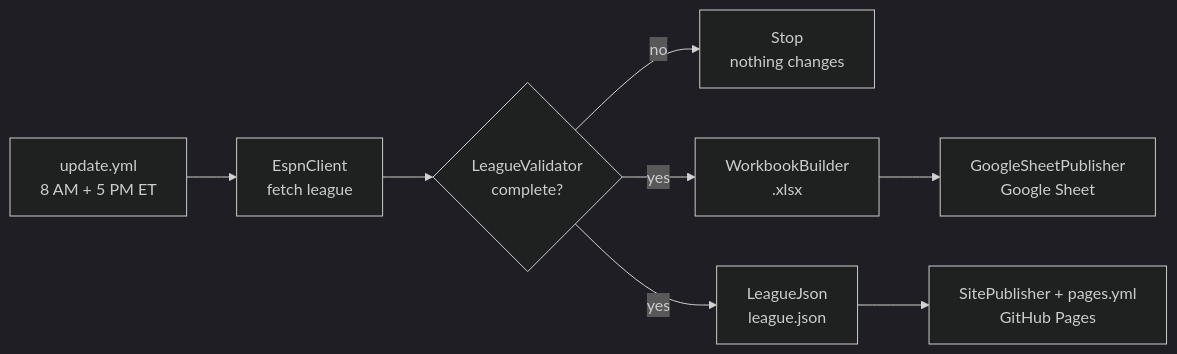
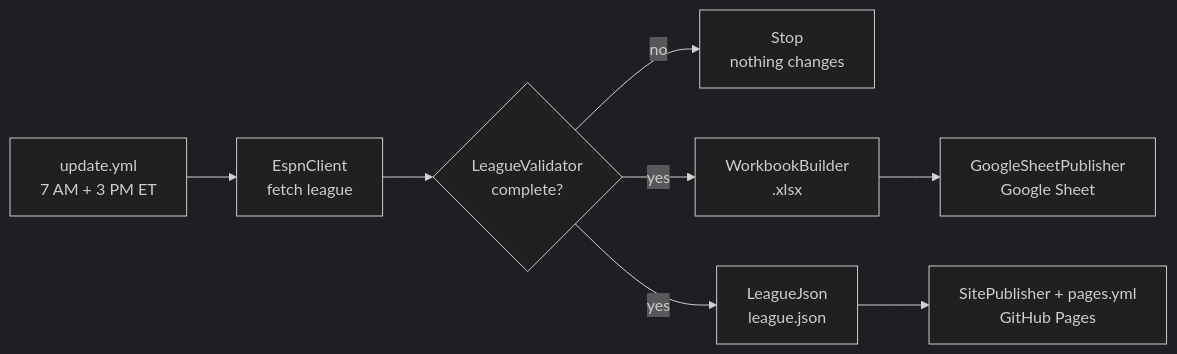
The first of 2 diagrams in docs/ARCHITECTURE.md (renkecui/FantasyReport), drawn with Mermaid (dark theme) before and after one commit. The commit also changed other lines of this file and 6 other files, not shown here.

````diff
--- a/docs/ARCHITECTURE.md
+++ b/docs/ARCHITECTURE.md
@@ -9,10 +9,10 @@
 ```mermaid
 flowchart LR
-    A["update.yml<br/>8 AM + 5 PM ET"] --> B["EspnClient<br/>fetch league"]
+    A["update.yml<br/>7 AM + 3 PM ET"] --> B["EspnClient<br/>fetch league"]
     B --> C{"LeagueValidator<br/>complete?"}
     C -- no --> X["Stop<br/>nothing changes"]
     C -- yes --> D["WorkbookBuilder<br/>.xlsx"]
     C -- yes --> E["LeagueJson<br/>league.json"]
     D --> F["GoogleSheetPublisher<br/>Google Sheet"]
     E --> G["SitePublisher + pages.yml<br/>GitHub Pages"]
 ```
````
